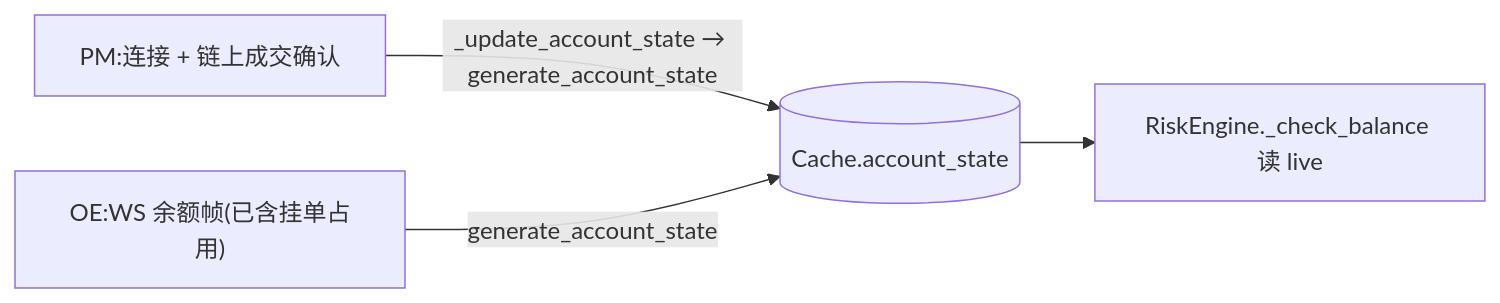
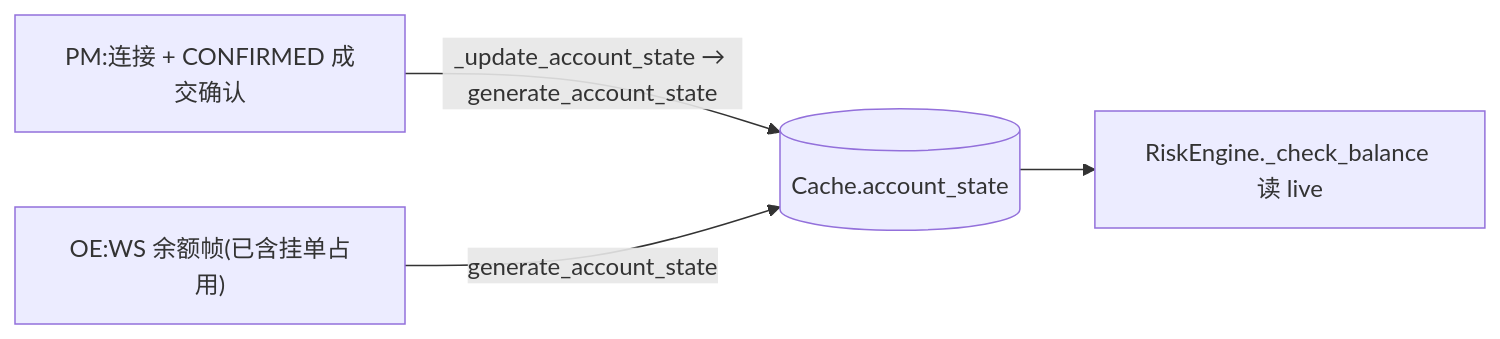
One commit to psnewer/nautilus_trader changed the third of 5 diagrams in docs/arbitrage/architectures/execution/architecture.md. Above: the diagram before and after it, drawn with Mermaid. The commit also changed other lines of this file and 14 other files, not shown here.

````diff
--- a/docs/arbitrage/architectures/execution/architecture.md
+++ b/docs/arbitrage/architectures/execution/architecture.md
@@ -58,6 +58,6 @@
 ```mermaid
 flowchart LR
-  PMev["PM:连接 + 链上成交确认"] -->|_update_account_state → generate_account_state| C[(Cache.account_state)]
+  PMev["PM:连接 + CONFIRMED 成交确认"] -->|_update_account_state → generate_account_state| C[(Cache.account_state)]
   OEws["OE:WS 余额帧(已含挂单占用)"] -->|generate_account_state| C
   C --> RISK["RiskEngine._check_balance 读 live"]
 ```
````
